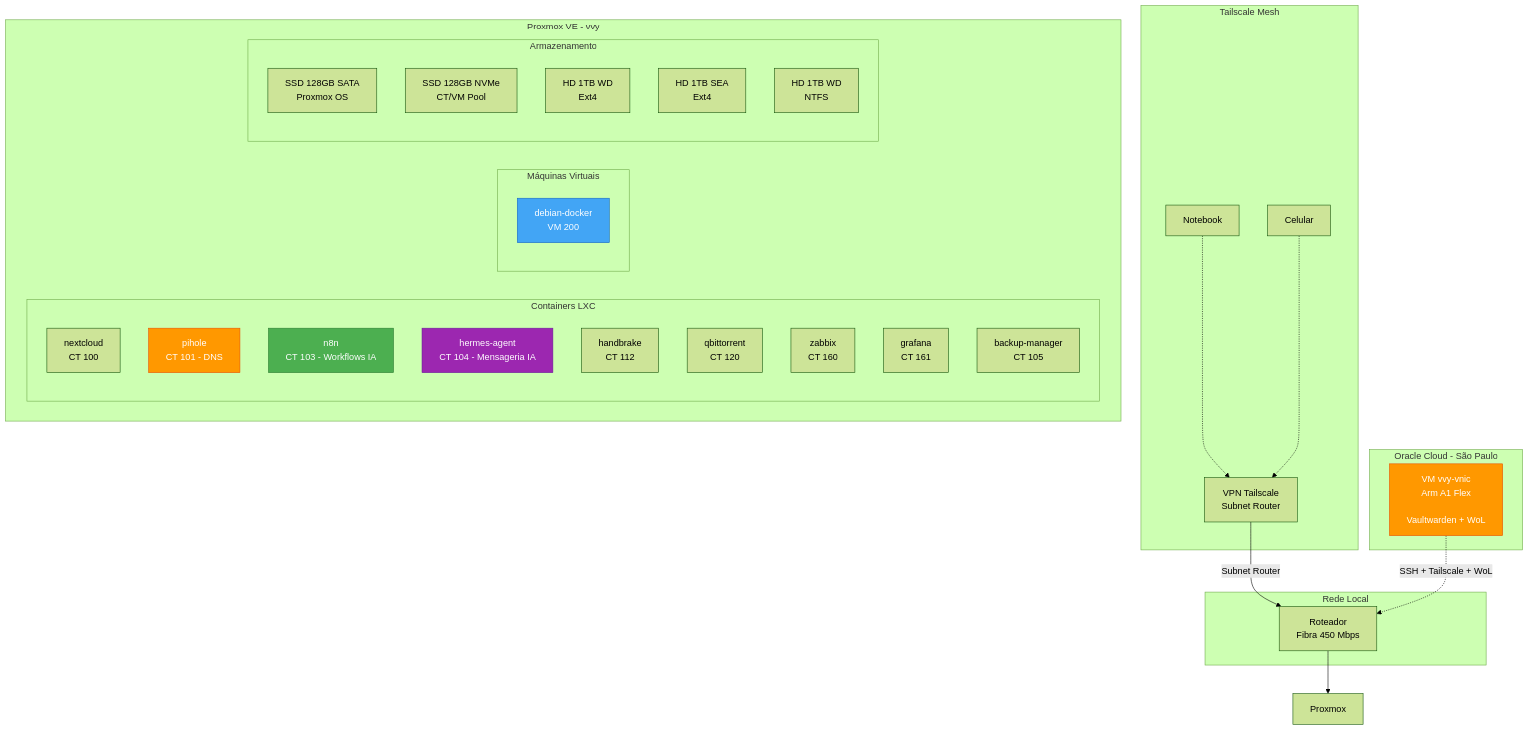
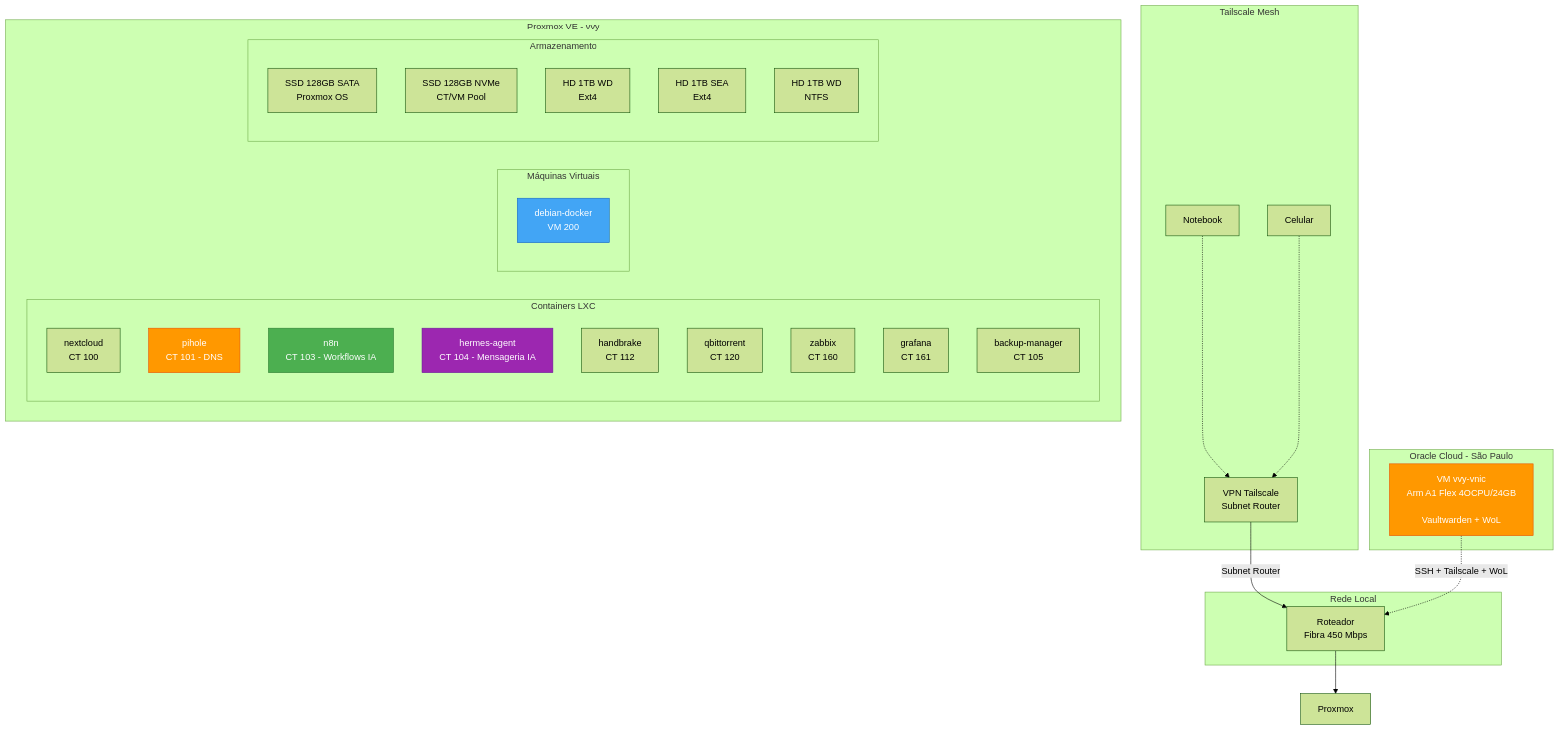
The diagram in README.md (mviniciusy/vvy-homelab), drawn with Mermaid (forest theme) before and after one commit. The commit also changed other lines of this file and 4 other files, not shown here.

Commit message:
sync: Oracle 4 OCPU / 24 GB (PAYG) + timelog 14/09

````diff
--- a/README.md
+++ b/README.md
@@ -13,54 +13,54 @@
 ```mermaid
 graph TB
     subgraph Rede Local
         Router[Roteador<br/>Fibra 450 Mbps]
     end
 
     subgraph Tailscale Mesh
         TS[VPN Tailscale<br/>Subnet Router]
         NB[Notebook]
         Phone[Celular]
     end
 
     subgraph OC["Oracle Cloud - São Paulo"]
-        OCI[VM vvy-vnic<br/>Arm A1 Flex<br/><ORACLE_PUBLIC_IP><br/>Vaultwarden + WoL]
+        OCI[VM vvy-vnic<br/>Arm A1 Flex 4OCPU/24GB<br/><ORACLE_PUBLIC_IP><br/>Vaultwarden + WoL]
     end
 
     subgraph Proxmox VE - vvy
         subgraph Containers LXC
             NC[nextcloud<br/>CT 100]
             PH[pihole<br/>CT 101 - DNS]
             N8N[n8n<br/>CT 103 - Workflows IA]
             HER[hermes-agent<br/>CT 104 - Mensageria IA]
             HB[handbrake<br/>CT 112]
             QB[qbittorrent<br/>CT 120]
             ZB[zabbix<br/>CT 160]
             GF[grafana<br/>CT 161]
             BK[backup-manager<br/>CT 105]
         end
 
         subgraph Máquinas Virtuais
             DK[debian-docker<br/>VM 200]
         end
 
         subgraph Armazenamento
             SSD1[SSD 128GB SATA<br/>Proxmox OS]
             SSD2[SSD 128GB NVMe<br/>CT/VM Pool]
             HD1[HD 1TB WD<br/>Ext4]
             HD2[HD 1TB SEA<br/>Ext4]
             HD3[HD 1TB WD<br/>NTFS]
         end
     end
 
     Router --> Proxmox
     TS --> |Subnet Router| Router
     NB -.-> TS
     Phone -.-> TS
     OCI -.->|SSH + Tailscale + WoL| Router
 
     style N8N fill:#4caf50,stroke:#2e7d32,color:#fff
     style HER fill:#9c27b0,stroke:#6a1b9a,color:#fff
     style DK fill:#42a5f5,stroke:#1565c0,color:#fff
     style PH fill:#ff9800,stroke:#e65100,color:#fff
     style OCI fill:#ff9800,stroke:#e65100,color:#fff
 ```
````
